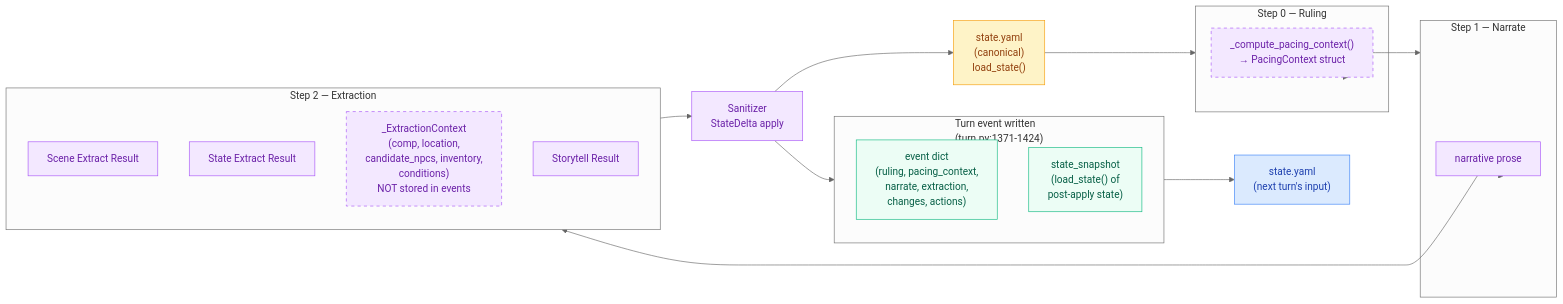
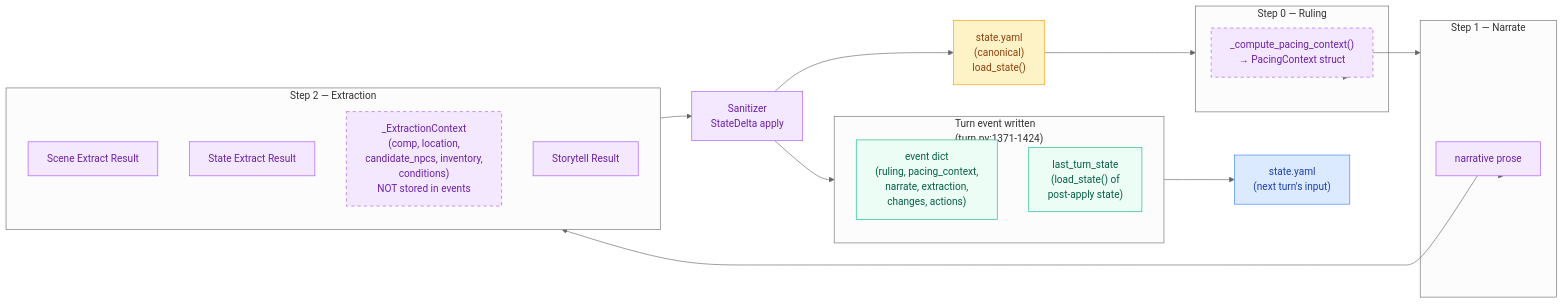
One commit to pww217/fablethread changed the diagram in docs/ev/STATE-REFERENCE.md. Above: the diagram before and after it, drawn with Mermaid (neutral theme). The commit also changed other lines of this file and 34 other files, not shown here.

First line of the commit message:
[deferred-state-persist]: Consolidate disk writes, rename state_snapshot→last_turn_state, simplify cancel, add progressive SSE

````diff
--- a/docs/ev/STATE-REFERENCE.md
+++ b/docs/ev/STATE-REFERENCE.md
@@ -192,45 +192,45 @@
 ```mermaid
 flowchart LR
     classDef pre fill:#fef3c7,color:#92400e,stroke:#f59e0b
     classDef post fill:#dbeafe,color:#1e40af,stroke:#3b82f6
     classDef internal fill:#f3e8ff,color:#6b21a8,stroke:#a855f7
     classDef event fill:#ecfdf5,color:#065f46,stroke:#10b981
 
     STATE["state.yaml<br>(canonical)<br>load_state()"]:::pre
 
     subgraph STEP0["Step 0 — Ruling"]
         PC["_compute_pacing_context()<br>→ PacingContext struct"]:::internal
     end
 
     subgraph STEP1["Step 1 — Narrate"]
         NARR["narrative prose"]:::internal
     end
 
     subgraph STEP2["Step 2 — Extraction"]
         SCENE["Scene Extract Result"]:::internal
         STATE_EXT["State Extract Result"]:::internal
         EXT_CTX["_ExtractionContext<br>(comp, location,<br>candidate_npcs, inventory,<br>conditions)<br>NOT stored in events"]:::internal
         STORY["Storytell Result"]:::internal
     end
 
     SAN["Sanitizer<br>StateDelta apply"]:::internal
 
     subgraph PERSIST["Turn event written<br>(turn.py:1371-1424)"]
         EV["event dict<br>(ruling, pacing_context,<br>narrate, extraction,<br>changes, actions)"]:::event
-        SS["state_snapshot<br>(load_state() of<br>post-apply state)"]:::event
+        SS["last_turn_state<br>(load_state() of<br>post-apply state)"]:::event
     end
 
     STATE --> STEP0
     STEP0 --> PC
     PC --> STEP1
     STEP1 --> NARR
     NARR --> STEP2
     STEP2 --> SAN
     SAN --> PERSIST
     SAN --> STATE
 
     PERSIST --> STATE_NEXT["state.yaml<br>(next turn's input)"]:::post
 
     style EXT_CTX stroke-dasharray: 5 5
     style PC stroke-dasharray: 5 5
 ```
````
